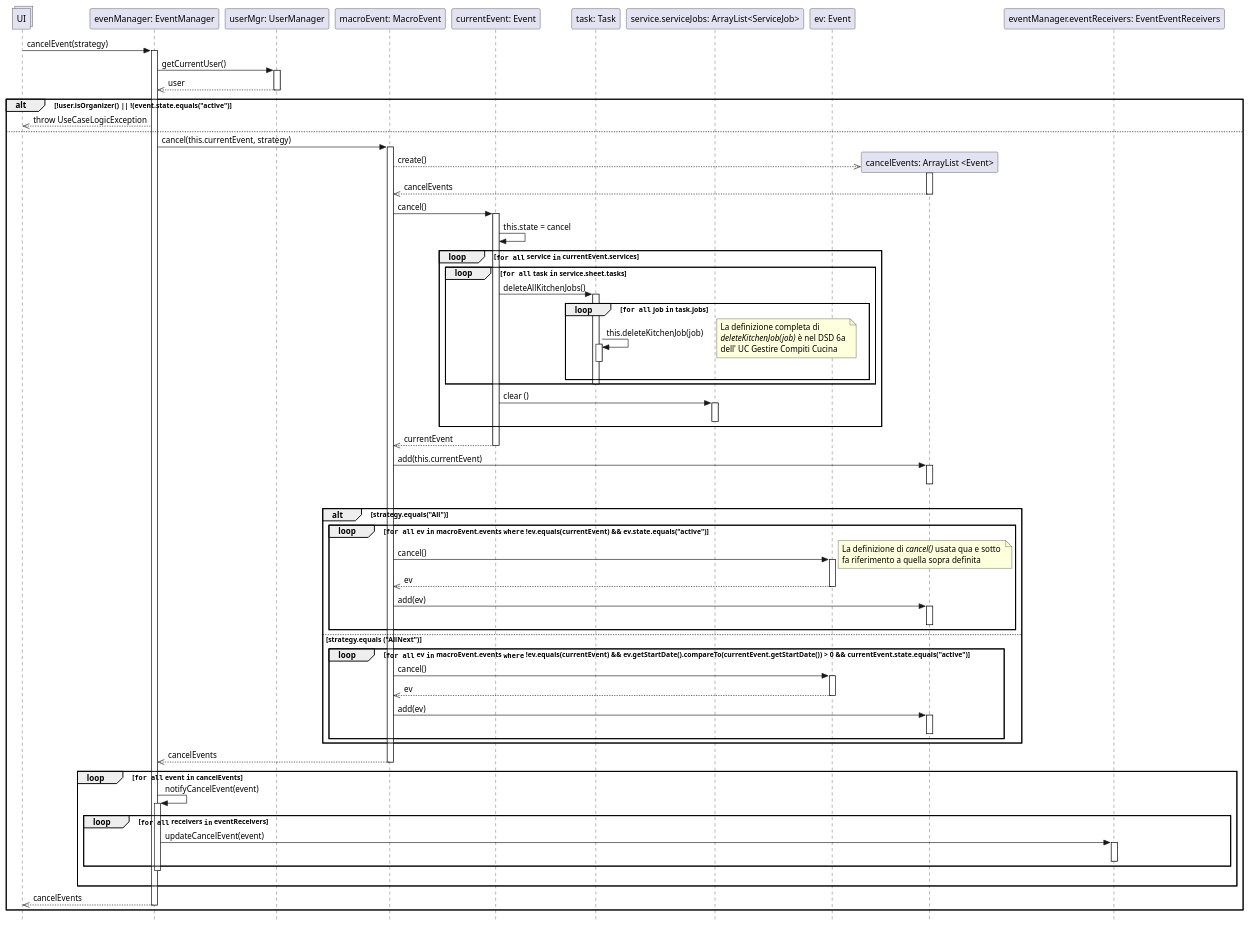
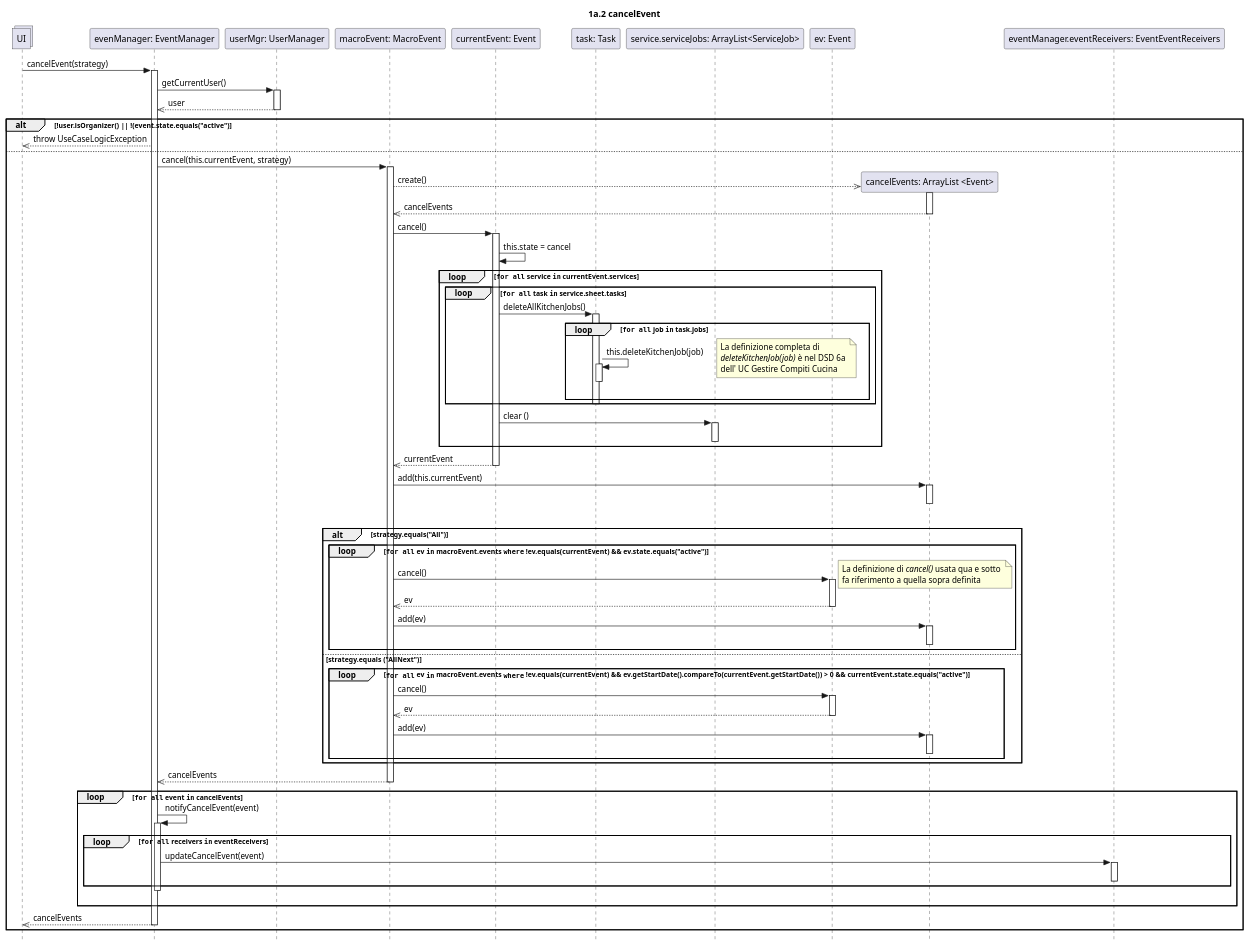
One commit to stefa168/sas-project changed the diagram in UP/Progettazione/UC Gestire Eventi/DSD/DSD Operazione 1a.2.puml. Above: the diagram before and after it, drawn with PlantUML. The commit also changed 5 other files, not shown here.

```diff
--- a/UP/Progettazione/UC Gestire Eventi/DSD/DSD Operazione 1a.2.puml
+++ b/UP/Progettazione/UC Gestire Eventi/DSD/DSD Operazione 1a.2.puml
@@ -1,101 +1,103 @@
 @startuml
 skinparam Style strictuml
 
 collections UI
 participant "evenManager: EventManager" as em
 participant "userMgr: UserManager" as um
 participant "macroEvent: MacroEvent" as maev
 participant "currentEvent: Event" as event
 participant "task: Task" as task
 participant "service.serviceJobs: ArrayList<ServiceJob>" as sj
 participant "ev: Event" as ev
 participant "cancelEvents: ArrayList <Event>" as evcanc
 participant "eventManager.eventReceivers: EventEventReceivers" as eer
+
+title 1a.2 cancelEvent
 
 UI -> em: cancelEvent(strategy)
 activate em
     em -> um: getCurrentUser()
     activate um
         em <<-- um: user
     deactivate um
 
     alt !user.isOrganizer() || !(event.state.equals("active")
         UI <<-- em: throw UseCaseLogicException
     else
 
         em -> maev: cancel(this.currentEvent, strategy)
         activate maev
             maev -->> evcanc**: create()
             activate evcanc
             maev <<-- evcanc: cancelEvents
             deactivate evcanc
 
             maev -> event: cancel()
             activate event
             event -> event: this.state = cancel
 
             loop ""for all"" service ""in"" currentEvent.services
                 loop ""for all"" task ""in"" service.sheet.tasks
                     event -> task: deleteAllKitchenJobs()
                     activate task
                     loop ""for all"" job ""in"" task.jobs
                         task -> task: this.deleteKitchenJob(job)
                         activate task
                         deactivate task
                         note right: La definizione completa di\n//deleteKitchenJob(job)// è nel DSD 6a \ndell' UC Gestire Compiti Cucina
                     end
 
                     deactivate task
 
                 end
 
                 event -> sj: clear ()
                 activate sj
                 deactivate sj
             end
             maev <<-- event: currentEvent
             deactivate event
             maev -> evcanc: add(this.currentEvent)
             activate evcanc
             deactivate evcanc
             |||
             alt strategy.equals("All")
                 loop ""for all"" ev ""in"" macroEvent.events ""where"" !ev.equals(currentEvent) && ev.state.equals("active")
                     maev -> ev: cancel()
                     note right: La definizione di //cancel()// usata qua e sotto \nfa riferimento a quella sopra definita
                     activate ev
                     maev <<-- ev: ev
                     deactivate ev
                     maev -> evcanc: add(ev)
                     activate evcanc
                     deactivate evcanc
                 end
             else strategy.equals ("AllNext")
                 loop ""for all"" ev ""in"" macroEvent.events ""where"" !ev.equals(currentEvent) && ev.getStartDate().compareTo(currentEvent.getStartDate()) > 0 && currentEvent.state.equals("active")
                     maev -> ev: cancel()
                     activate ev
                     maev <<-- ev: ev
                     deactivate ev
                     maev -> evcanc: add(ev)
                     activate evcanc
                     deactivate evcanc
                 end
             end
         em <<-- maev: cancelEvents
         deactivate maev
         loop ""for all"" event ""in"" cancelEvents
             em -> em: notifyCancelEvent(event)
             activate em
             loop ""for all"" receivers ""in"" eventReceivers
                 em -> eer: updateCancelEvent(event)
                 activate eer
                 deactivate eer
             end
             deactivate em
         |||
         end
     UI <<-- em: cancelEvents
 deactivate em
 end
 
 @enduml
```
